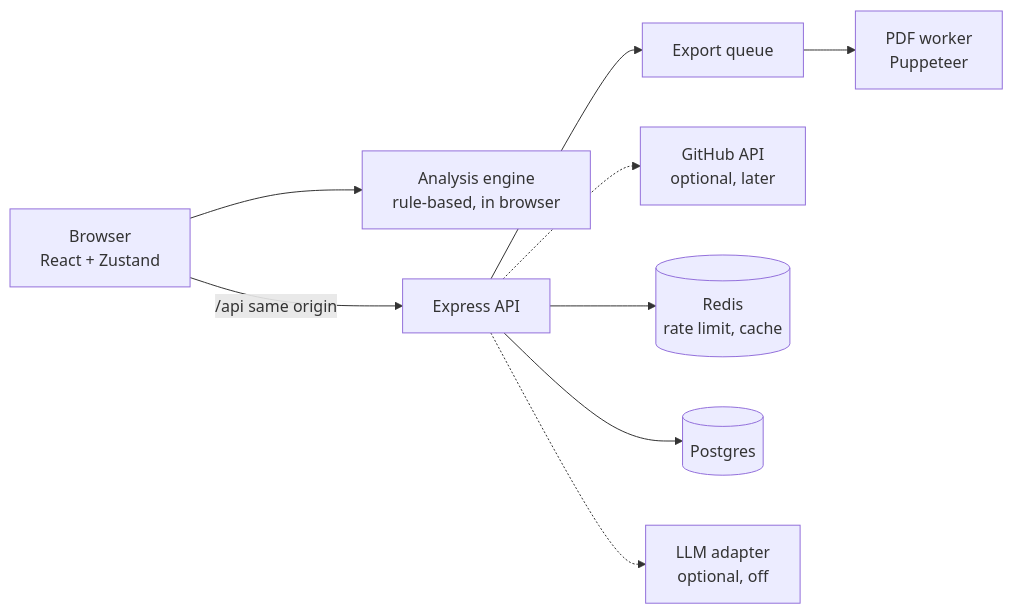
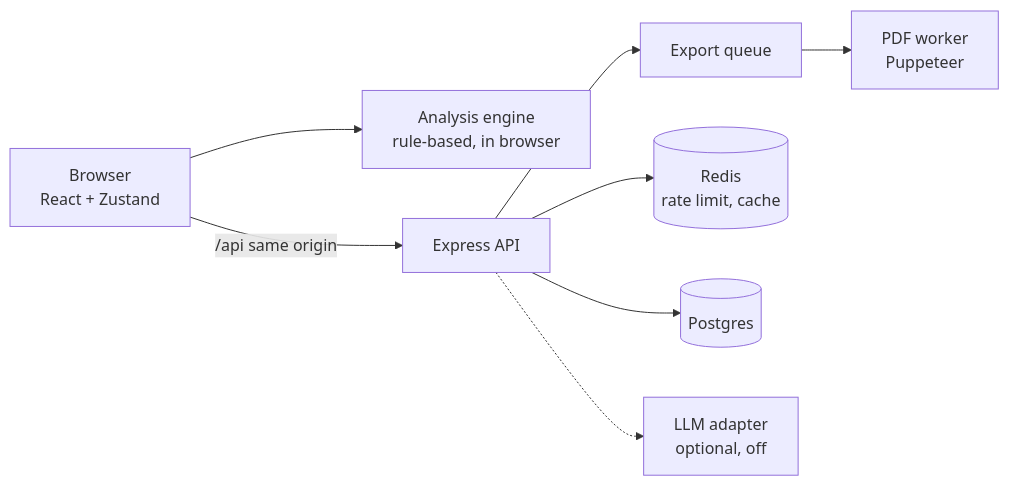
Before and after one commit to AbhaydityaPratapSingh/ai-resume-builder: the first of 3 diagrams in ARCHITECTURE.md, drawn with Mermaid. The commit also changed other lines of this file and 1 other file, not shown here.

First line of the commit message:
Drop GitHub import and Polish-with-AI from the roadmap

````diff
--- a/ARCHITECTURE.md
+++ b/ARCHITECTURE.md
@@ -45,11 +45,10 @@
 ```mermaid
 flowchart LR
     B[Browser<br/>React + Zustand] --> AE[Analysis engine<br/>rule-based, in browser]
     B -->|/api same origin| API[Express API]
     API --> Q[Export queue]
     Q --> W[PDF worker<br/>Puppeteer]
-    API -.-> GH[GitHub API<br/>optional, later]
     API --> R[(Redis<br/>rate limit, cache)]
     API --> DB[(Postgres)]
     API -.-> LLM[LLM adapter<br/>optional, off]
 ```
````
